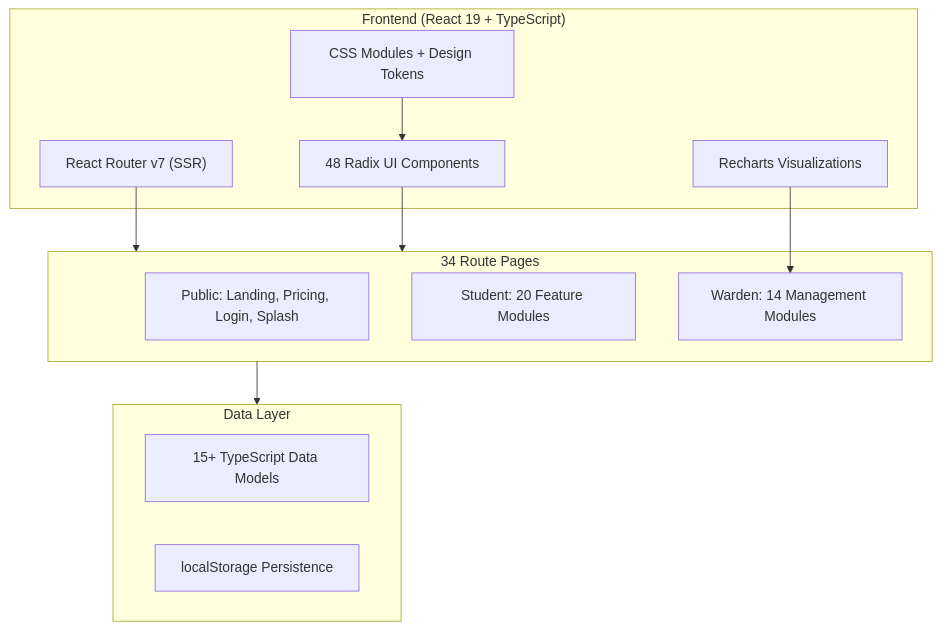
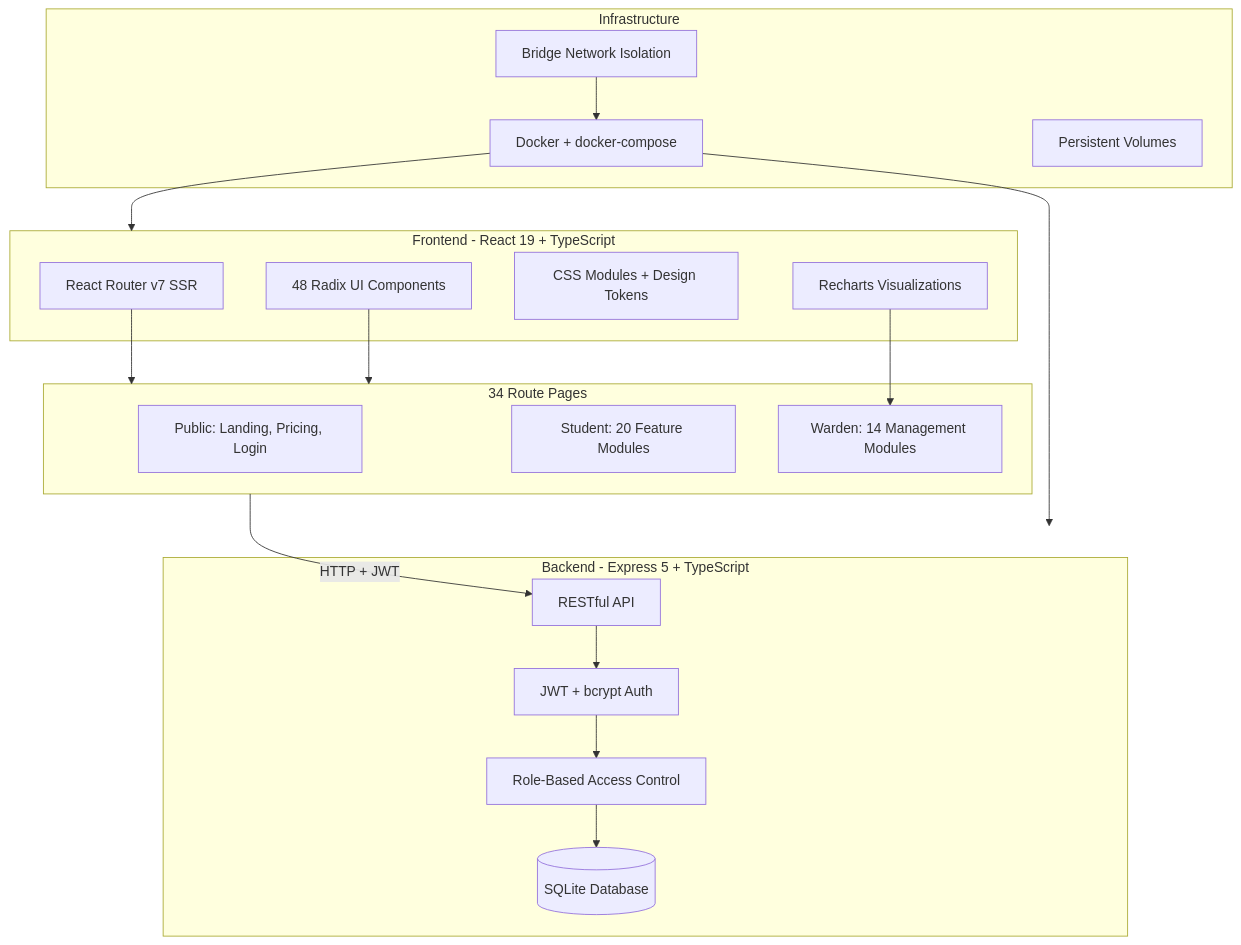
One commit to aryan1919-web/hostelhub changed the diagram in README.md. Above: the diagram before and after it, drawn with Mermaid. The commit also changed other lines of this file, not shown here.

Commit message:
Update README with full-stack architecture, backend tech stack, Docker badges, and updated Mermaid diagram

````diff
--- a/README.md
+++ b/README.md
@@ -76,26 +79,39 @@
 ```mermaid
 graph TB
-    subgraph Frontend["Frontend (React 19 + TypeScript)"]
-        RR["React Router v7 (SSR)"]
+    subgraph Frontend["Frontend - React 19 + TypeScript"]
+        RR["React Router v7 SSR"]
         UI["48 Radix UI Components"]
         CSS["CSS Modules + Design Tokens"]
         RC["Recharts Visualizations"]
     end
 
+    subgraph Backend["Backend - Express 5 + TypeScript"]
+        API["RESTful API"]
+        AUTH["JWT + bcrypt Auth"]
+        RBAC["Role-Based Access Control"]
+        DB[("SQLite Database")]
+    end
+
     subgraph Pages["34 Route Pages"]
-        PUB["Public: Landing, Pricing, Login, Splash"]
+        PUB["Public: Landing, Pricing, Login"]
         STU["Student: 20 Feature Modules"]
         WAR["Warden: 14 Management Modules"]
     end
 
-    subgraph Data["Data Layer"]
-        MOD["15+ TypeScript Data Models"]
-        STORE["localStorage Persistence"]
+    subgraph Infra["Infrastructure"]
+        DOCKER["Docker + docker-compose"]
+        NET["Bridge Network Isolation"]
+        VOL["Persistent Volumes"]
     end
 
     RR --> Pages
     UI --> Pages
-    CSS --> UI
-    Pages --> Data
+    Pages -->|HTTP + JWT| API
+    API --> AUTH
+    AUTH --> RBAC
+    RBAC --> DB
     RC --> WAR
+    DOCKER --> Frontend
+    DOCKER --> Backend
+    NET --> DOCKER
 ```
````
